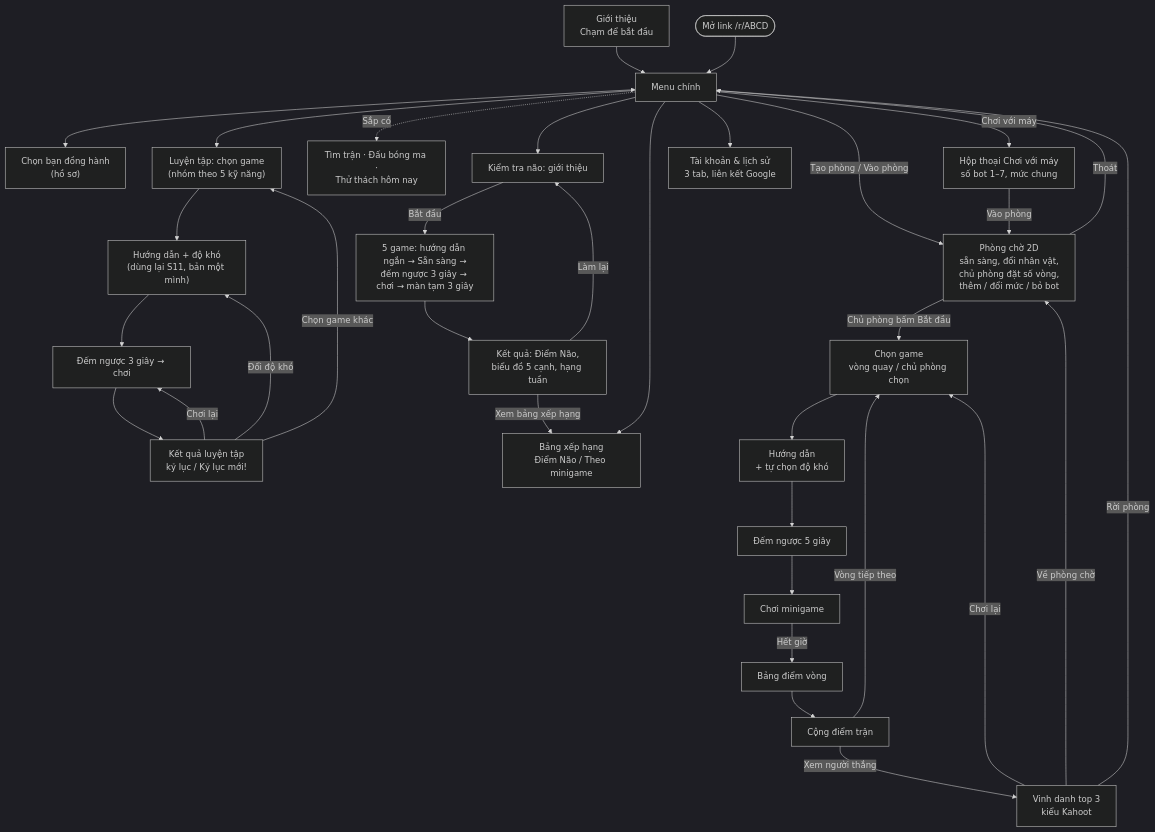
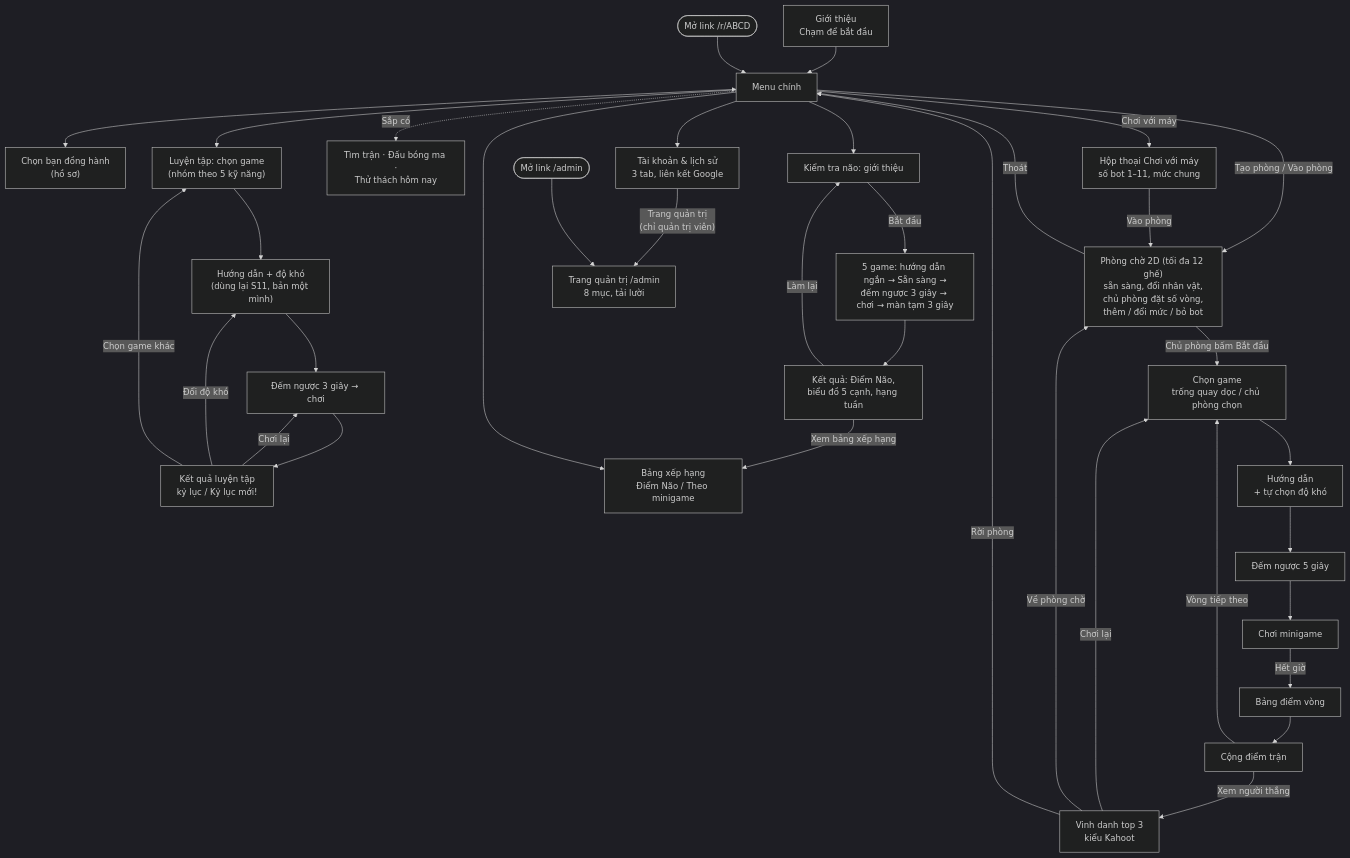
One commit to hungdinh-dev/brain-rizz changed the diagram in docs/01-product/ui-ux.md. Above: the diagram before and after it, drawn with Mermaid (dark theme). The commit also changed other lines of this file and 124 other files, not shown here.

First line of the commit message:
feat: trang quản trị, phòng 12 người, trống quay dọc (CR-017, CR-018, CR-019)

````diff
--- a/docs/01-product/ui-ux.md
+++ b/docs/01-product/ui-ux.md
@@ -24,36 +24,38 @@
 ```mermaid
 flowchart TD
   I["Giới thiệu<br/>Chạm để bắt đầu"] --> M["Menu chính"]
   L0(["Mở link /r/ABCD"]) --> M
   M <--> P["Chọn bạn đồng hành<br/>(hồ sơ)"]
-  M -->|"Tạo phòng / Vào phòng"| LB["Phòng chờ 2D<br/>sẵn sàng, đổi nhân vật,<br/>chủ phòng đặt số vòng,<br/>thêm / đổi mức / bỏ bot"]
-  M -->|"Chơi với máy"| BD["Hộp thoại Chơi với máy<br/>số bot 1–7, mức chung"]
+  M -->|"Tạo phòng / Vào phòng"| LB["Phòng chờ 2D (tối đa 12 ghế)<br/>sẵn sàng, đổi nhân vật,<br/>chủ phòng đặt số vòng,<br/>thêm / đổi mức / bỏ bot"]
+  M -->|"Chơi với máy"| BD["Hộp thoại Chơi với máy<br/>số bot 1–11, mức chung"]
   BD -->|"Vào phòng"| LB
   M -.->|"Sắp có"| X["Tìm trận · Đấu bóng ma ·<br/>Thử thách hôm nay"]
   M --> PK["Luyện tập: chọn game<br/>(nhóm theo 5 kỹ năng)"]
   PK --> PI["Hướng dẫn + độ khó<br/>(dùng lại S11, bản một mình)"]
   PI --> PP["Đếm ngược 3 giây → chơi"]
   PP --> PR["Kết quả luyện tập<br/>kỷ lục / Kỷ lục mới!"]
   PR -->|"Chơi lại"| PP
   PR -->|"Đổi độ khó"| PI
   PR -->|"Chọn game khác"| PK
   M --> BI["Kiểm tra não: giới thiệu"]
   BI -->|"Bắt đầu"| BG["5 game: hướng dẫn ngắn → Sẵn sàng →<br/>đếm ngược 3 giây → chơi → màn tạm 3 giây"]
   BG --> BR["Kết quả: Điểm Não,<br/>biểu đồ 5 cạnh, hạng tuần"]
   BR -->|"Làm lại"| BI
   BR -->|"Xem bảng xếp hạng"| LBD["Bảng xếp hạng<br/>Điểm Não / Theo minigame"]
   M --> LBD
   M --> AC["Tài khoản & lịch sử<br/>3 tab, liên kết Google"]
-  LB -->|"Chủ phòng bấm Bắt đầu"| GS["Chọn game<br/>vòng quay / chủ phòng chọn"]
+  AC -->|"Trang quản trị<br/>(chỉ quản trị viên)"| AD["Trang quản trị /admin<br/>8 mục, tải lười"]
+  L1(["Mở link /admin"]) --> AD
+  LB -->|"Chủ phòng bấm Bắt đầu"| GS["Chọn game<br/>trống quay dọc / chủ phòng chọn"]
   GS --> GI["Hướng dẫn<br/>+ tự chọn độ khó"]
   GI --> CD["Đếm ngược 5 giây"]
   CD --> PL["Chơi minigame"]
   PL -->|"Hết giờ"| R["Bảng điểm vòng"]
   R --> MP["Cộng điểm trận"]
   MP -->|"Vòng tiếp theo"| GS
   MP -->|"Xem người thắng"| PD["Vinh danh top 3<br/>kiểu Kahoot"]
   PD -->|"Chơi lại"| GS
   PD -->|"Về phòng chờ"| LB
   LB -->|"Thoát"| M
   PD -->|"Rời phòng"| M
 ```
````
